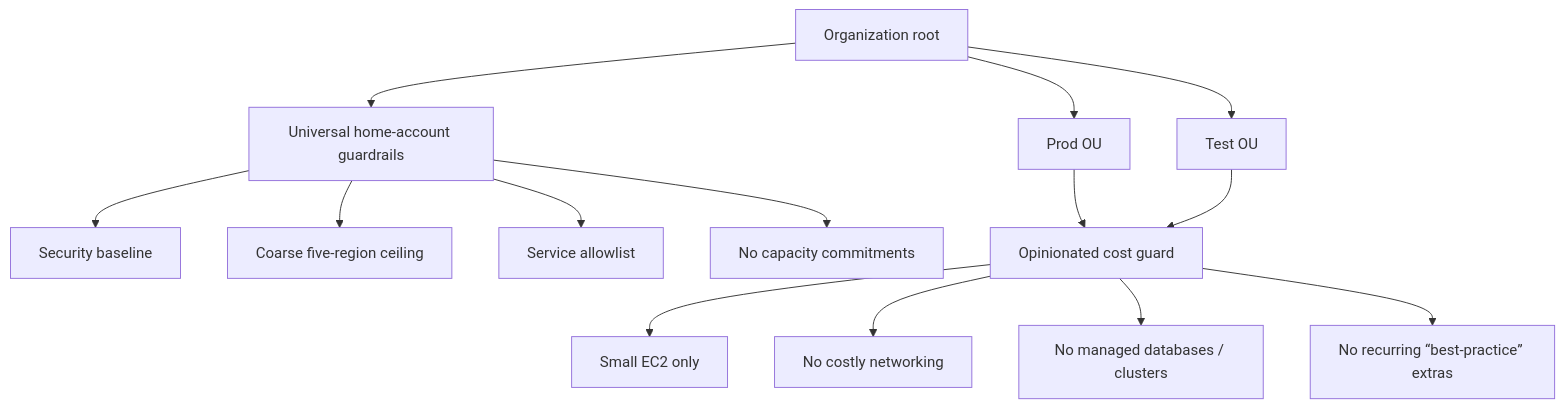
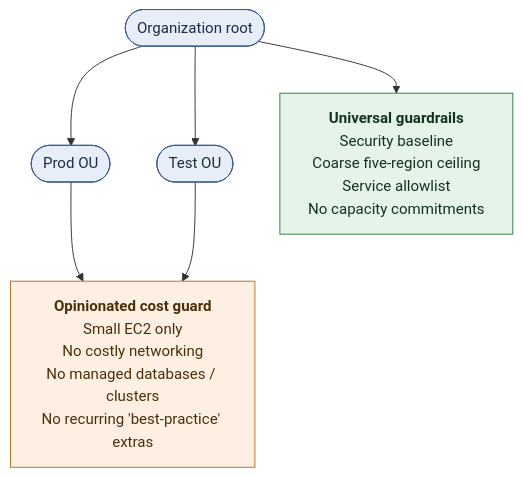
One commit to realcloudnative/personal-aws-guardrails changed the second of 2 diagrams in README.md. Above: the diagram before and after it, drawn with Mermaid. The commit also changed other lines of this file, not shown here.

Commit message:
Condense and color-code the SCP layers diagram

````diff
--- a/README.md
+++ b/README.md
@@ -143,22 +143,23 @@
 ```mermaid
 flowchart TD
-    Root[Organization root]
-    Prod[Prod OU]
-    Test[Test OU]
+    Root([Organization root])
+    Prod([Prod OU])
+    Test([Test OU])
 
-    Root --> Universal[Universal home-account guardrails]
-    Universal --> U1[Security baseline]
-    Universal --> U2[Coarse five-region ceiling]
-    Universal --> U3[Service allowlist]
-    Universal --> U4[No capacity commitments]
-
+    Root --> Universal
     Root --> Prod
     Root --> Test
-    Prod --> Opinionated[Opinionated cost guard]
+    Prod --> Opinionated
     Test --> Opinionated
 
-    Opinionated --> O1[Small EC2 only]
-    Opinionated --> O2[No costly networking]
-    Opinionated --> O3[No managed databases / clusters]
-    Opinionated --> O4[No recurring “best-practice” extras]
+    Universal["<b>Universal guardrails</b><br/>Security baseline<br/>Coarse five-region ceiling<br/>Service allowlist<br/>No capacity commitments"]
+    Opinionated["<b>Opinionated cost guard</b><br/>Small EC2 only<br/>No costly networking<br/>No managed databases / clusters<br/>No recurring 'best-practice' extras"]
+
+    classDef structure fill:#e8eef7,stroke:#3b5b92,color:#1a2b45;
+    classDef universal fill:#e5f3e8,stroke:#2f7d43,color:#12331d;
+    classDef opinionated fill:#fdf0e3,stroke:#b3701f,color:#4a2e08;
+
+    class Root,Prod,Test structure;
+    class Universal universal;
+    class Opinionated opinionated;
 ```
````
